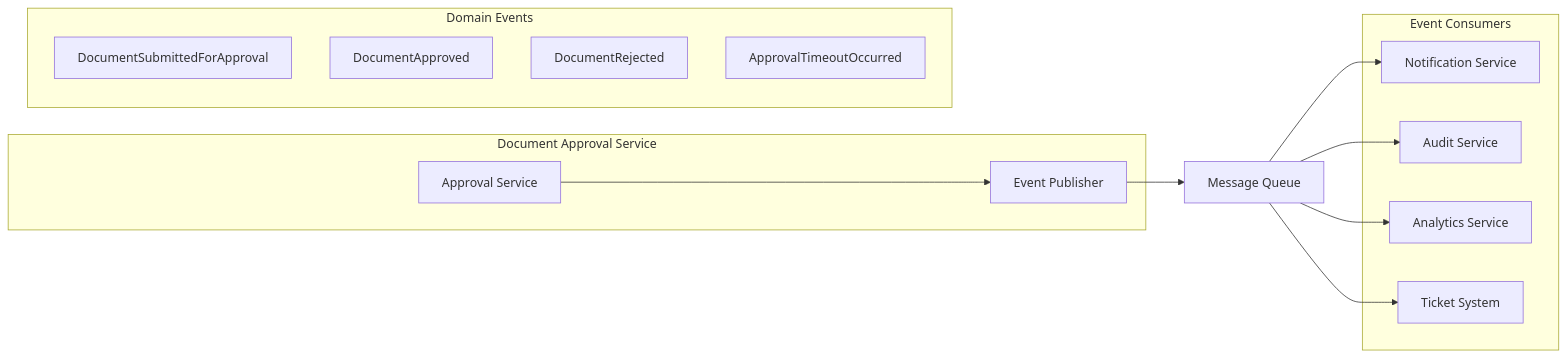
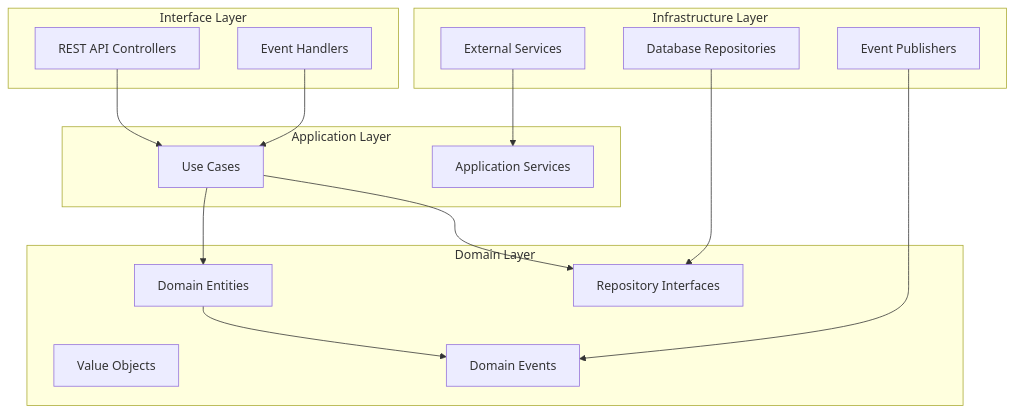
One commit to s35241607/ticket-system changed the first of 2 diagrams in .kiro/specs/document-approval-workflow/design.md. Above: the diagram before and after it, drawn with Mermaid. The commit also changed other lines of this file and 28 other files, not shown here.

````diff
--- a/.kiro/specs/document-approval-workflow/design.md
+++ b/.kiro/specs/document-approval-workflow/design.md
@@ -67,27 +15,34 @@
 ```mermaid
-graph LR
-    subgraph "Document Approval Service"
-        A[Approval Service] --> B[Event Publisher]
+graph TB
+    subgraph "Interface Layer"
+        API[REST API Controllers]
+        Events[Event Handlers]
     end
 
-    B --> C[Message Queue]
-
-    subgraph "Event Consumers"
-        D[Notification Service]
-        E[Audit Service]
-        F[Analytics Service]
-        G[Ticket System]
+    subgraph "Application Layer"
+        UC[Use Cases]
+        Services[Application Services]
     end
 
-    C --> D
-    C --> E
-    C --> F
-    C --> G
+    subgraph "Domain Layer"
+        Entities[Domain Entities]
+        ValueObjects[Value Objects]
+        DomainEvents[Domain Events]
+        Repositories[Repository Interfaces]
+    end
 
-    subgraph "Domain Events"
-        H[DocumentSubmittedForApproval]
-        I[DocumentApproved]
-        J[DocumentRejected]
-        K[ApprovalTimeoutOccurred]
+    subgraph "Infrastructure Layer"
+        DB[Database Repositories]
+        EventPub[Event Publishers]
+        External[External Services]
     end
+
+    API --> UC
+    Events --> UC
+    UC --> Entities
+    UC --> Repositories
+    Entities --> DomainEvents
+    DB --> Repositories
+    EventPub --> DomainEvents
+    External --> Services
 ```
````
